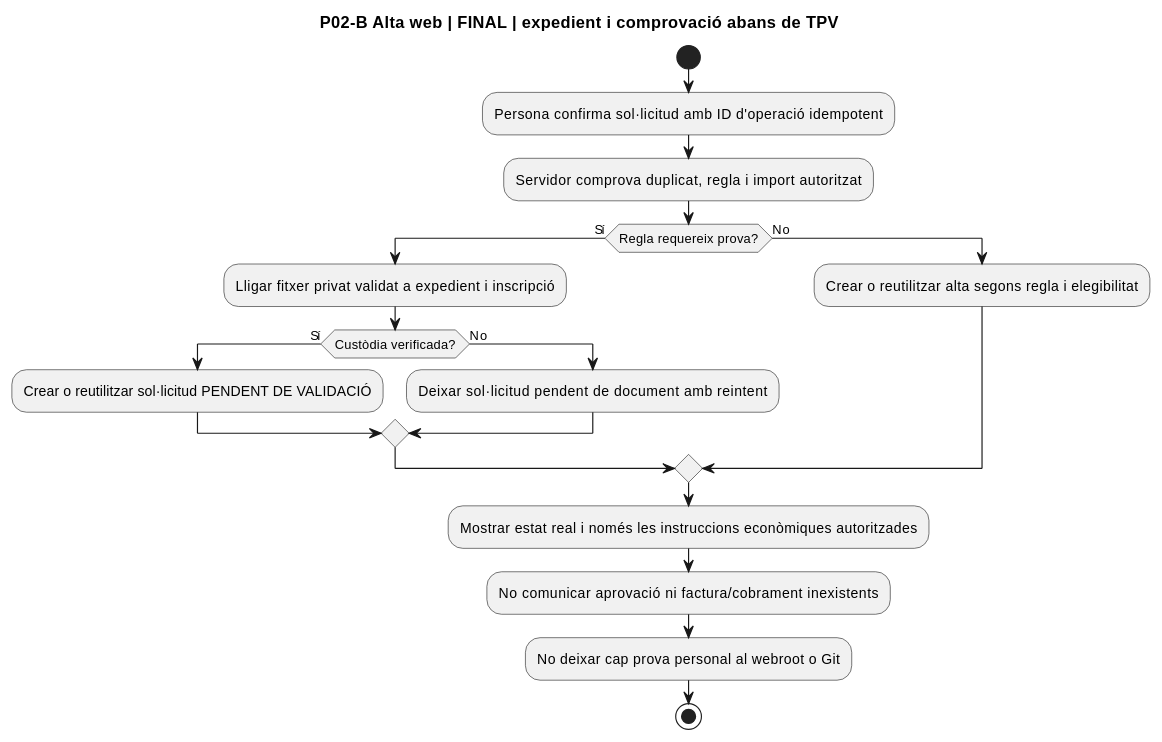
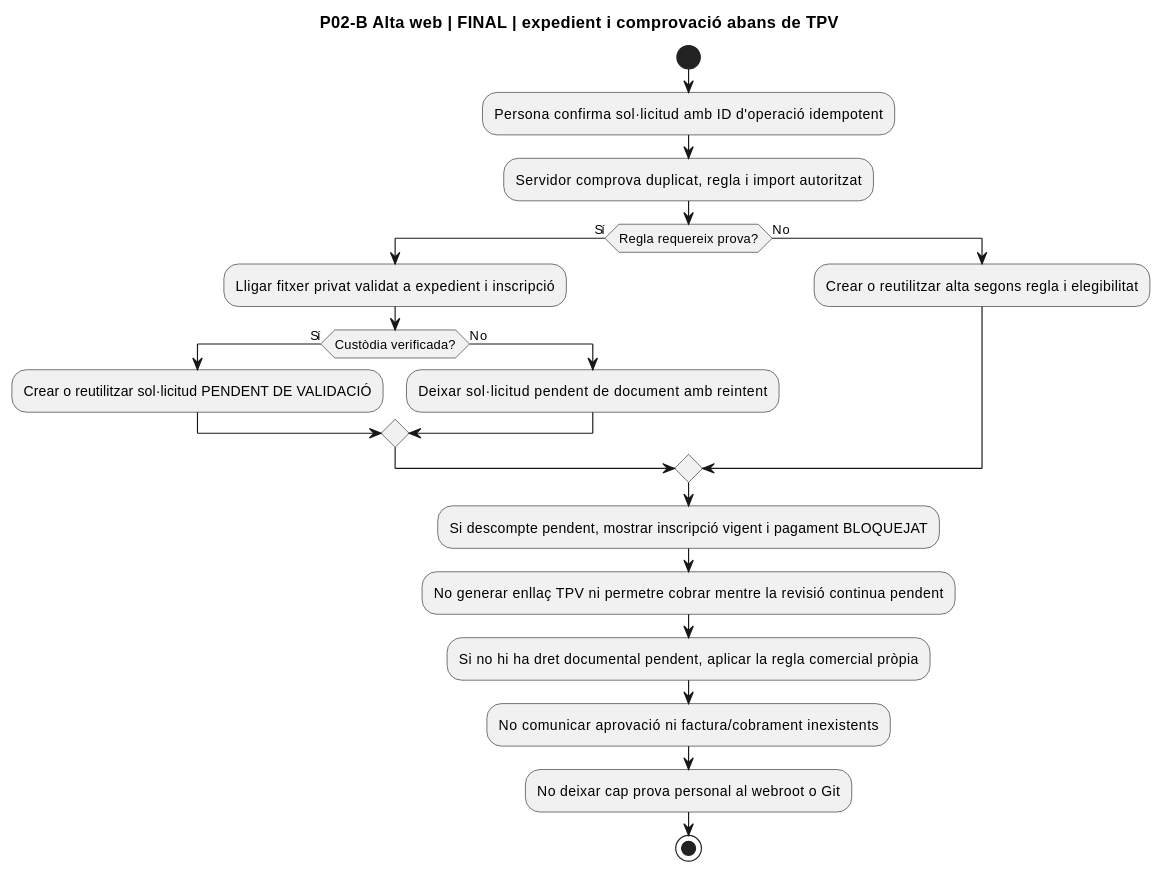
Before and after one commit to orgmeriemprismacat-del/verifactu: the sixth of 10 diagrams in documentacio/07-uml-integrat/uc-116-activitats-pagines-justificants-actual-final.md, drawn with PlantUML. The commit also changed other lines of this file, not shown here.

Commit message:
docs: apply agreed UC116 manual review, payment gate, denial, retention and roles to final activity UML

````diff
--- a/documentacio/07-uml-integrat/uc-116-activitats-pagines-justificants-actual-final.md
+++ b/documentacio/07-uml-integrat/uc-116-activitats-pagines-justificants-actual-final.md
@@ -163,22 +164,24 @@
 ```plantuml
 @startuml
 title P02-B Alta web | FINAL | expedient i comprovació abans de TPV
 start
 :Persona confirma sol·licitud amb ID d'operació idempotent;
 :Servidor comprova duplicat, regla i import autoritzat;
 if (Regla requereix prova?) then (Sí)
  :Lligar fitxer privat validat a expedient i inscripció;
  if (Custòdia verificada?) then (Sí)
   :Crear o reutilitzar sol·licitud PENDENT DE VALIDACIÓ;
  else (No)
   :Deixar sol·licitud pendent de document amb reintent;
  endif
 else (No)
  :Crear o reutilitzar alta segons regla i elegibilitat;
 endif
-:Mostrar estat real i només les instruccions econòmiques autoritzades;
+:Si descompte pendent, mostrar inscripció vigent i pagament BLOQUEJAT;
+:No generar enllaç TPV ni permetre cobrar mentre la revisió continua pendent;
+:Si no hi ha dret documental pendent, aplicar la regla comercial pròpia;
 :No comunicar aprovació ni factura/cobrament inexistents;
 :No deixar cap prova personal al webroot o Git;
 stop
 @enduml
 ```
````
